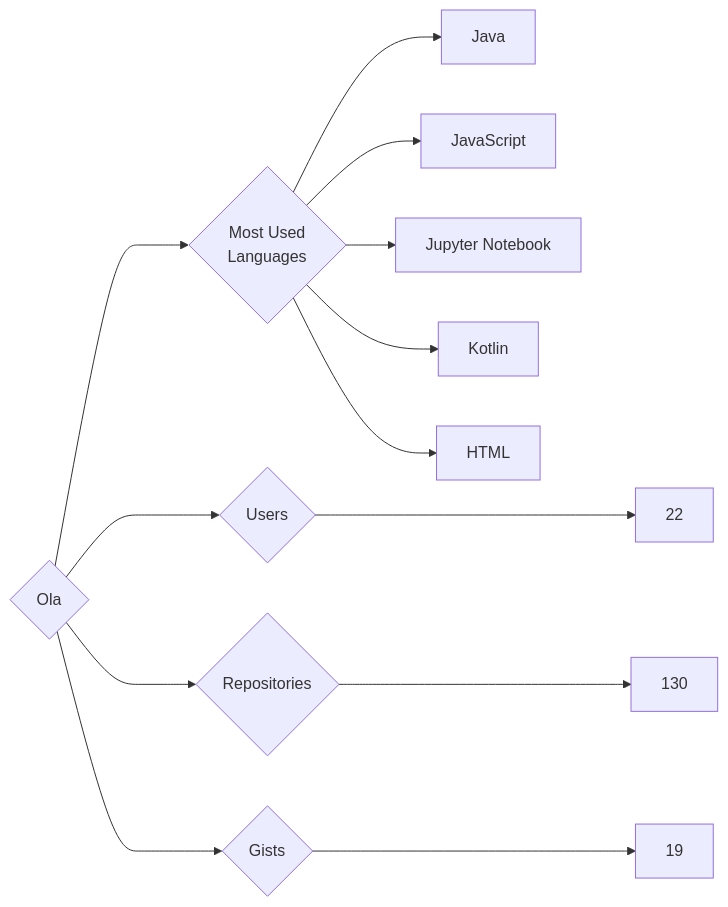
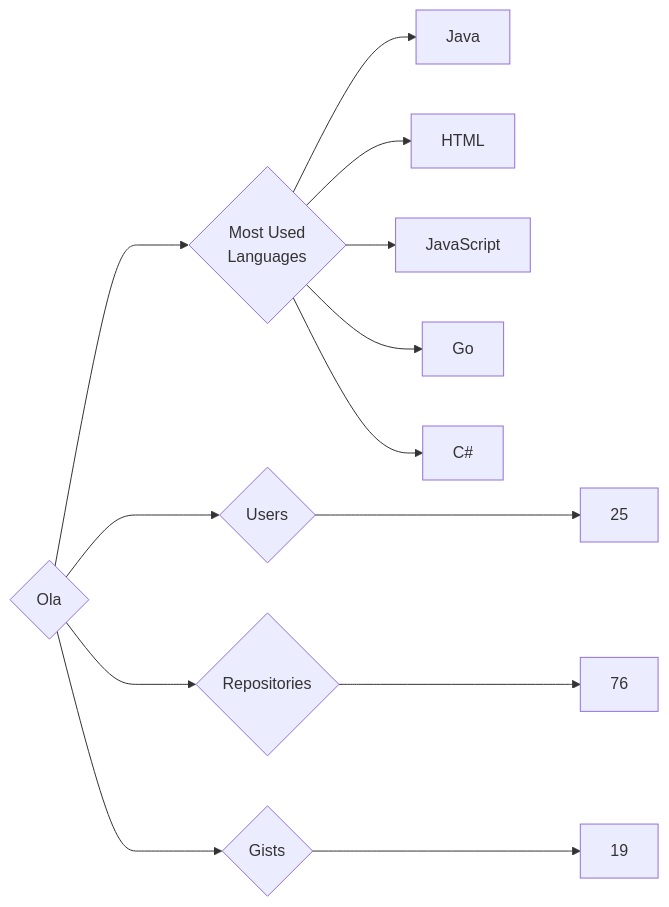
The diagram in targets/Ola/README.md (trickest/insiders), drawn with Mermaid before and after one commit. The commit also changed 765 other files, not shown here.

````diff
--- a/targets/Ola/README.md
+++ b/targets/Ola/README.md
@@ -3,13 +3,13 @@
 ```mermaid
 graph LR
 COMPANY_NAME{Ola}
-COMPANY_NAME ---> U{Users} ---> UN[22]
-COMPANY_NAME ---> R{Repositories} ---> RN[130]
+COMPANY_NAME ---> U{Users} ---> UN[25]
+COMPANY_NAME ---> R{Repositories} ---> RN[76]
 COMPANY_NAME ---> G{Gists} ---> GN[19]
 COMPANY_NAME ---> ML{Most Used<br>Languages}
 ML --> Java[Java]
+ML --> HTML[HTML]
 ML --> JavaScript[JavaScript]
-ML --> Jupyter_Notebook[Jupyter Notebook]
-ML --> Kotlin[Kotlin]
-ML --> HTML[HTML]
+ML --> Go[Go]
+ML --> C#[C#]
 ```
````
